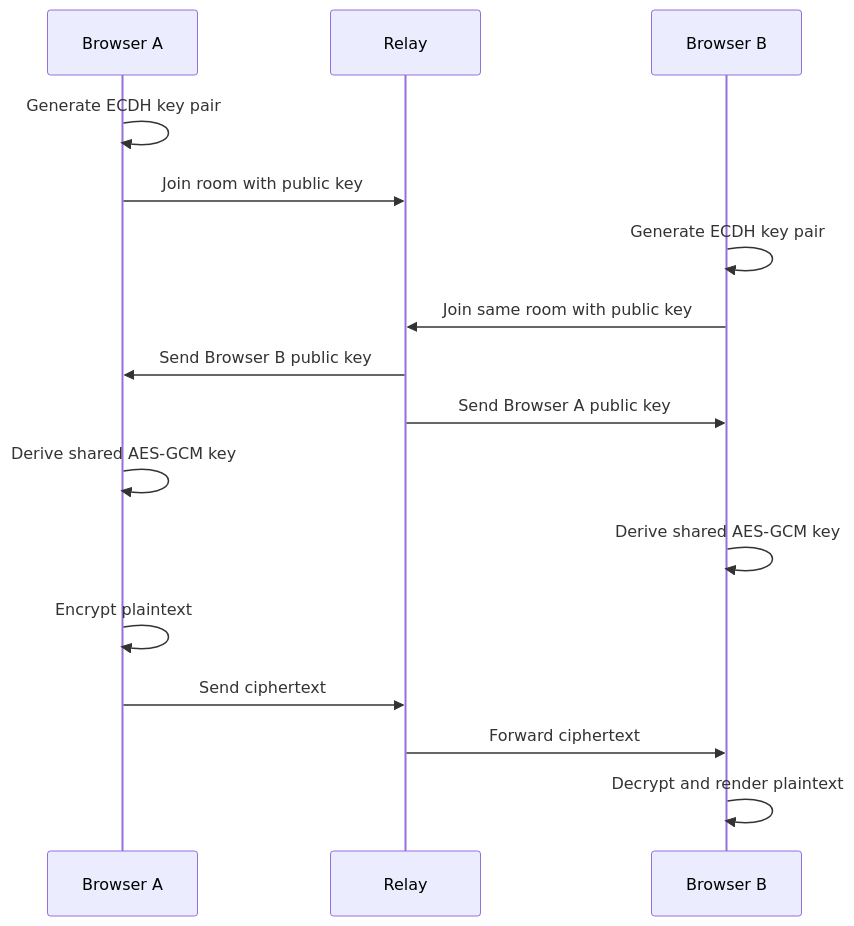
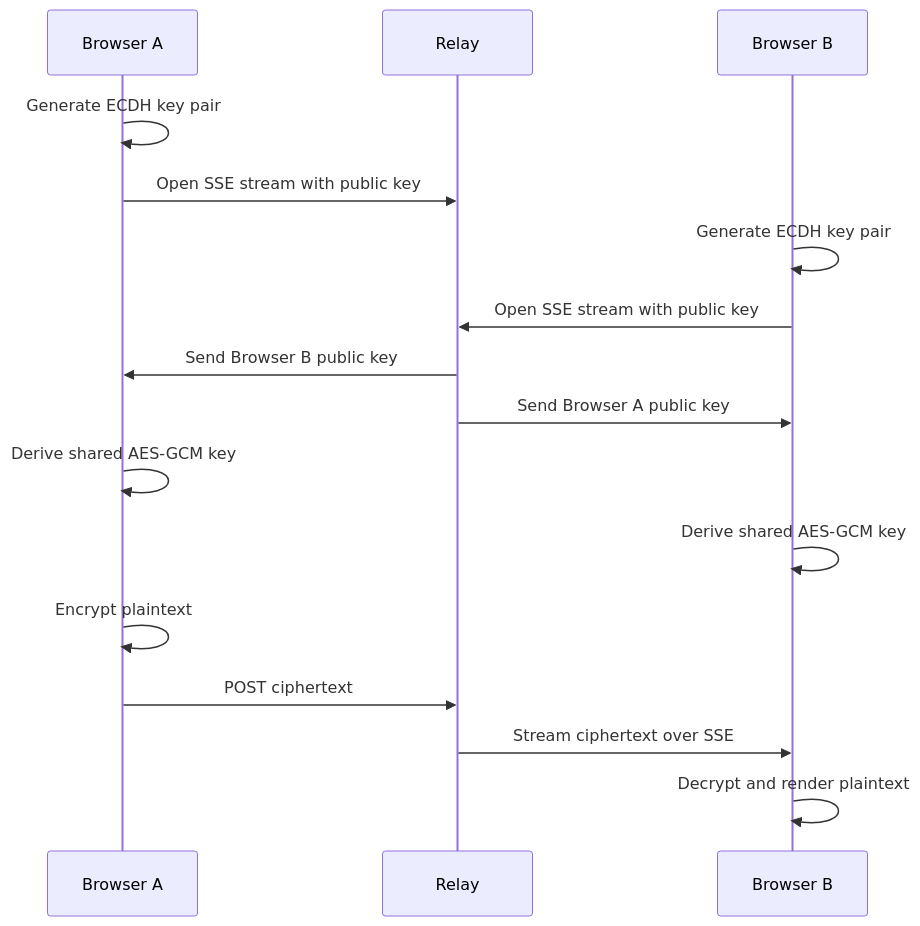
The third of 3 diagrams in docs/architecture.md (matthewlovestocode/e2echat), drawn with Mermaid before and after one commit. The commit also changed other lines of this file and 19 other files, not shown here.

````diff
--- a/docs/architecture.md
+++ b/docs/architecture.md
@@ -76,19 +75,19 @@
 ```mermaid
 sequenceDiagram
   participant A as Browser A
   participant S as Relay
   participant B as Browser B
 
   A->>A: Generate ECDH key pair
-  A->>S: Join room with public key
+  A->>S: Open SSE stream with public key
   B->>B: Generate ECDH key pair
-  B->>S: Join same room with public key
+  B->>S: Open SSE stream with public key
   S->>A: Send Browser B public key
   S->>B: Send Browser A public key
   A->>A: Derive shared AES-GCM key
   B->>B: Derive shared AES-GCM key
   A->>A: Encrypt plaintext
-  A->>S: Send ciphertext
-  S->>B: Forward ciphertext
+  A->>S: POST ciphertext
+  S->>B: Stream ciphertext over SSE
   B->>B: Decrypt and render plaintext
 ```
````
